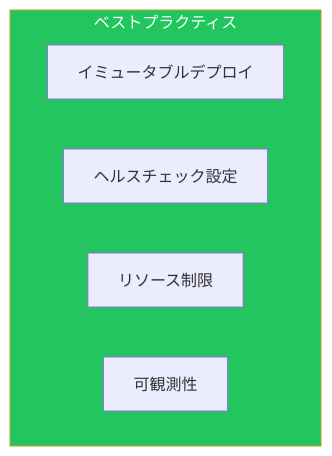
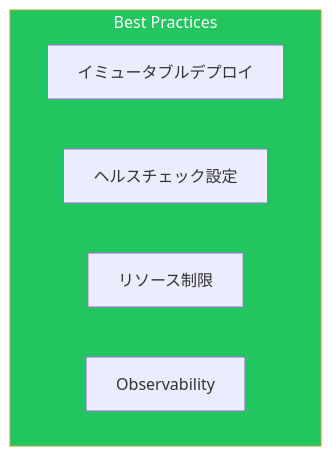
One commit to shunkus/shunku.net changed the third of 3 diagrams in content/blog/ja/aws-container-orchestration.md. Above: the diagram before and after it, drawn with Mermaid. The commit also changed other lines of this file and 56 other files, not shown here.

````diff
--- a/content/blog/ja/aws-container-orchestration.md
+++ b/content/blog/ja/aws-container-orchestration.md
@@ -433,11 +433,11 @@
 ```mermaid
 flowchart TB
-    subgraph BestPractices["ベストプラクティス"]
+    subgraph BestPractices["Best Practices"]
         Immutable["イミュータブルデプロイ"]
         Health["ヘルスチェック設定"]
         Resource["リソース制限"]
-        Observability["可観測性"]
+        Observability["Observability"]
     end
 
     style BestPractices fill:#22c55e,color:#fff
 ```
````
